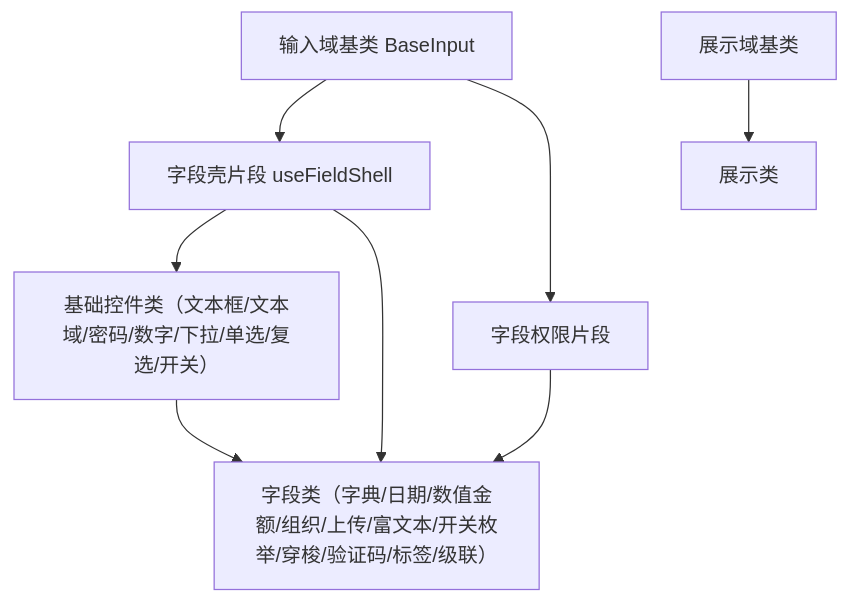
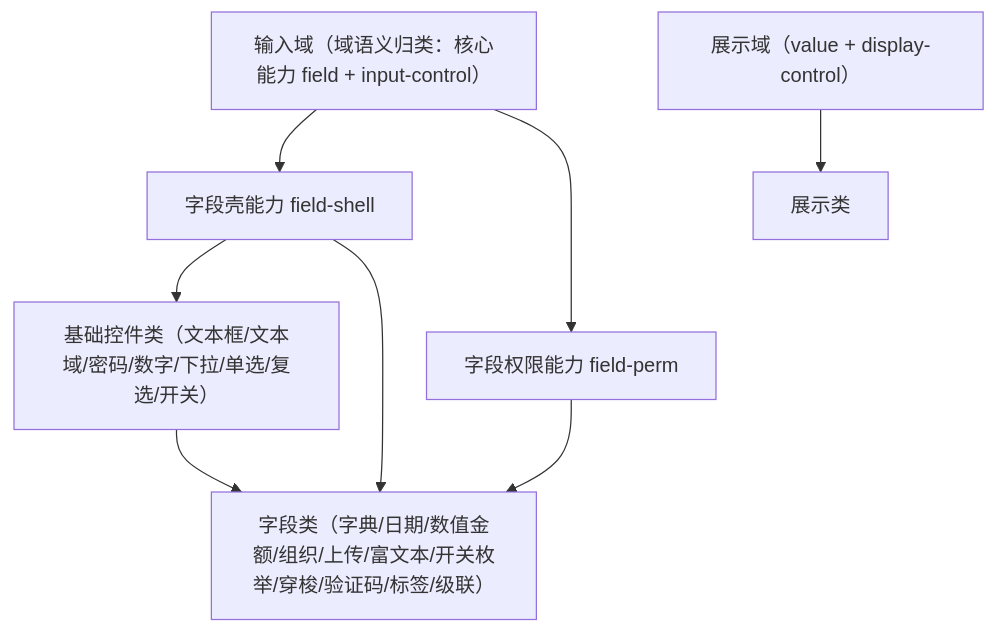
One commit to minjian123/basic-management-system changed the diagram in bms文档/设计/组件设计/02_基础组件类/03_域基类/01_组件设计_输入域基类/01_组件设计_输入域基类.md. Above: the diagram before and after it, drawn with Mermaid. The commit also changed other lines of this file and 49 other files, not shown here.

````diff
--- a/bms文档/设计/组件设计/02_基础组件类/03_域基类/01_组件设计_输入域基类/01_组件设计_输入域基类.md
+++ b/bms文档/设计/组件设计/02_基础组件类/03_域基类/01_组件设计_输入域基类/01_组件设计_输入域基类.md
@@ -15,10 +15,10 @@
 ```mermaid
 flowchart TD
-    B["输入域基类 BaseInput"] --> W["字段壳片段 useFieldShell"]
-    B --> P["字段权限片段"]
+    B["输入域（域语义归类：核心能力 field + input-control）"] --> W["字段壳能力 field-shell"]
+    B --> P["字段权限能力 field-perm"]
     W --> C["基础控件类（文本框/文本域/密码/数字/下拉/单选/复选/开关）"]
     C --> F["字段类（字典/日期/数值金额/组织/上传/富文本/开关枚举/穿梭/验证码/标签/级联）"]
     P --> F
     W --> F
-    D["展示域基类"] --> G["展示类"]
+    D["展示域（value + display-control）"] --> G["展示类"]
 ```
````
